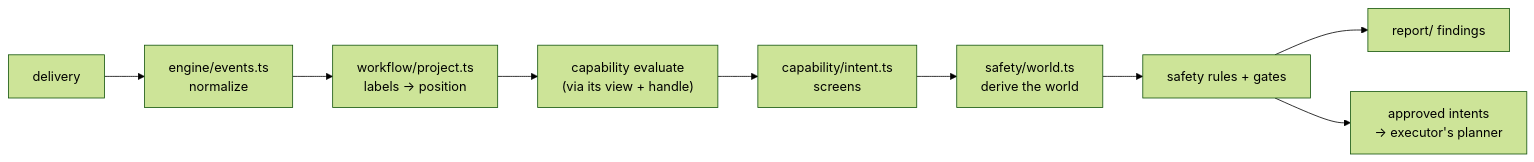
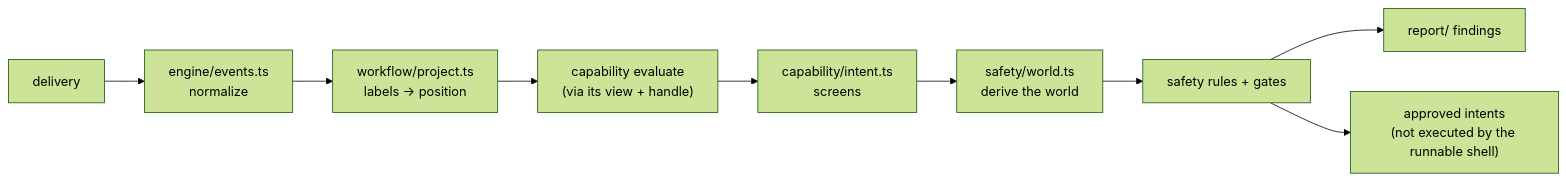
One commit to cheese-cakee/sdk-automations changed the first of 3 diagrams in packages/core/README.md. Above: the diagram before and after it, drawn with Mermaid (forest theme). The commit also changed other lines of this file and 50 other files, not shown here.

````diff
--- a/packages/core/README.md
+++ b/packages/core/README.md
@@ -14,17 +14,17 @@
 ```mermaid
 flowchart LR
     D["delivery"] --> N["engine/events.ts
 normalize"]
     N --> P["workflow/project.ts
 labels → position"]
     P --> E["capability evaluate
 (via its view + handle)"]
     E --> S["capability/intent.ts
 screens"]
     S --> W["safety/world.ts
 derive the world"]
     W --> G["safety rules + gates"]
     G --> R["report/ findings"]
     G --> A["approved intents
-→ executor's planner"]
+(not executed by the runnable shell)"]
 ```
````
